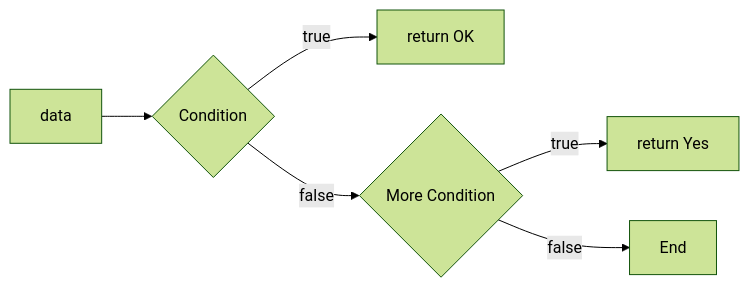
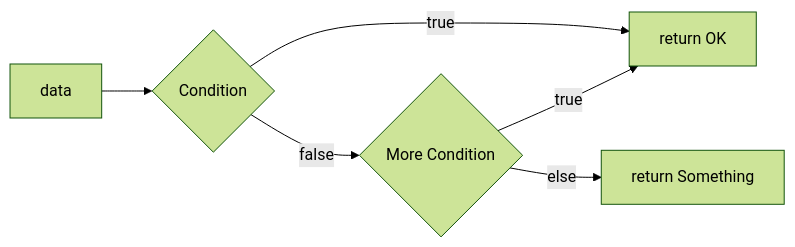
Before and after one commit to DevOpsWithDimas/old.devopswithdimas.github.io: the second of 2 diagrams in _drafts/postgresql/04d-conditional-expression.markdown, drawn with Mermaid (forest theme). The commit also changed other lines of this file, not shown here.

Commit message:
draft sql postgresql condition expression case-when-else

```diff
--- a/_drafts/postgresql/04d-conditional-expression.markdown
+++ b/_drafts/postgresql/04d-conditional-expression.markdown
@@ -70,8 +115,8 @@
 {% mermaid %}
 flowchart LR
     data --> condition1{ Condition }
     condition1 -- true --> conditionOk[ return OK ]
     condition1 -- false --> condition2{ More Condition }
-    condition2 -- true --> conditionOk2[ return Yes ]
-    condition2 -- false --> End
+    condition2 -- true --> conditionOk[ return OK ]
+    condition2 -- else --> End[ return Something ]
 {% endmermaid %}
```
